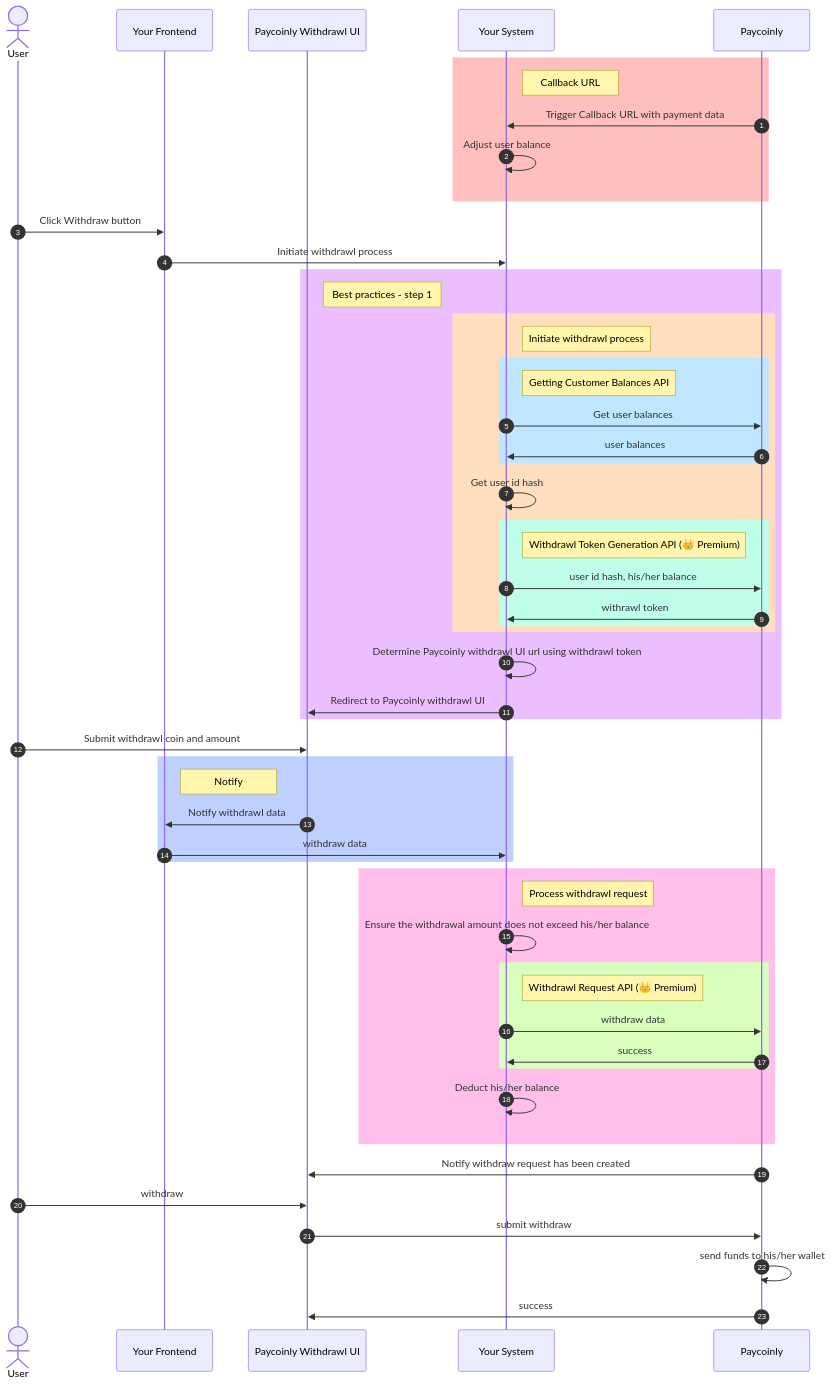
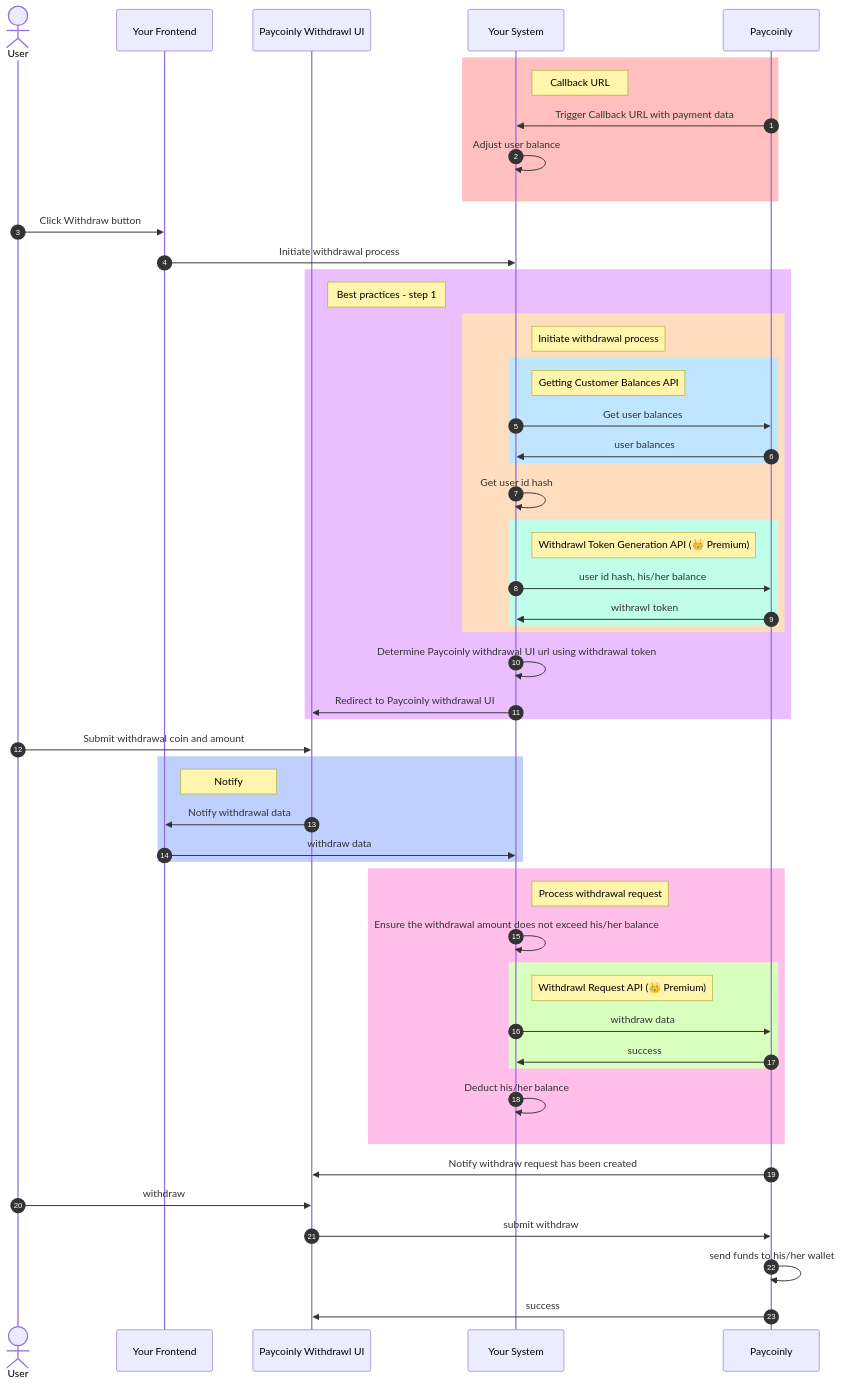
The diagram in docs/how-work/withdraw.mdx (Paycoinly-Tech/docs), drawn with Mermaid before and after one commit. The commit also changed other lines of this file and 7 other files, not shown here.

````diff
--- a/docs/how-work/withdraw.mdx
+++ b/docs/how-work/withdraw.mdx
@@ -22,74 +22,74 @@
 ```mermaid
 sequenceDiagram
   autonumber
 
   actor user as User
   participant yourFrontend as Your Frontend
   participant paycoinlyUI as Paycoinly Withdrawl UI
   participant backend as Your System
   participant paycoinly as Paycoinly
   
   rect rgb(255, 191, 191)
   note right of backend: Callback URL
 
   paycoinly->>backend: Trigger Callback URL with payment data
   backend->>backend: Adjust user balance
 
   end
 
   user->>yourFrontend: Click Withdraw button
-  yourFrontend->>backend: Initiate withdrawl process
+  yourFrontend->>backend: Initiate withdrawal process
 
   rect rgb(235, 191, 255)
   note right of paycoinlyUI: Best practices - step 1
 
   rect rgb(255, 222, 191)
-  note right of backend: Initiate withdrawl process
+  note right of backend: Initiate withdrawal process
 
   rect rgb(191, 229, 255)
   note right of backend: Getting Customer Balances API
   backend->>paycoinly: Get user balances
   paycoinly->>backend: user balances
   end
 
   backend->>backend: Get user id hash
 
   rect rgb(191, 255, 234)
   note right of backend: Withdrawl Token Generation API (👑 Premium)
   backend->>paycoinly: user id hash, his/her balance
   paycoinly->>backend: withrawl token
   end
   end
 
-  backend->>backend: Determine Paycoinly withdrawl UI url using withdrawl token
+  backend->>backend: Determine Paycoinly withdrawal UI url using withdrawal token
 
-  backend->>paycoinlyUI: Redirect to Paycoinly withdrawl UI
+  backend->>paycoinlyUI: Redirect to Paycoinly withdrawal UI
   end
 
-  user->>paycoinlyUI: Submit withdrawl coin and amount
+  user->>paycoinlyUI: Submit withdrawal coin and amount
 
   rect rgb(191, 208, 255)
   note right of yourFrontend: Notify
-  paycoinlyUI->>yourFrontend: Notify withdrawl data
+  paycoinlyUI->>yourFrontend: Notify withdrawal data
   yourFrontend->>backend: withdraw data
   end
 
   rect rgb(255, 191, 234)
-  note right of backend: Process withdrawl request
+  note right of backend: Process withdrawal request
   backend->>backend: Ensure the withdrawal amount does not exceed his/her balance
 
   rect rgb(217, 255, 191)
   note right of backend: Withdrawl Request API (👑 Premium)
   backend->>paycoinly: withdraw data
   paycoinly->>backend: success
   end
 
   backend->>backend: Deduct his/her balance
   end
 
   paycoinly->>paycoinlyUI: Notify withdraw request has been created
   user->>paycoinlyUI: withdraw
   paycoinlyUI->>paycoinly: submit withdraw
   paycoinly->>paycoinly: send funds to his/her wallet
   paycoinly->>paycoinlyUI: success
 ```
````
